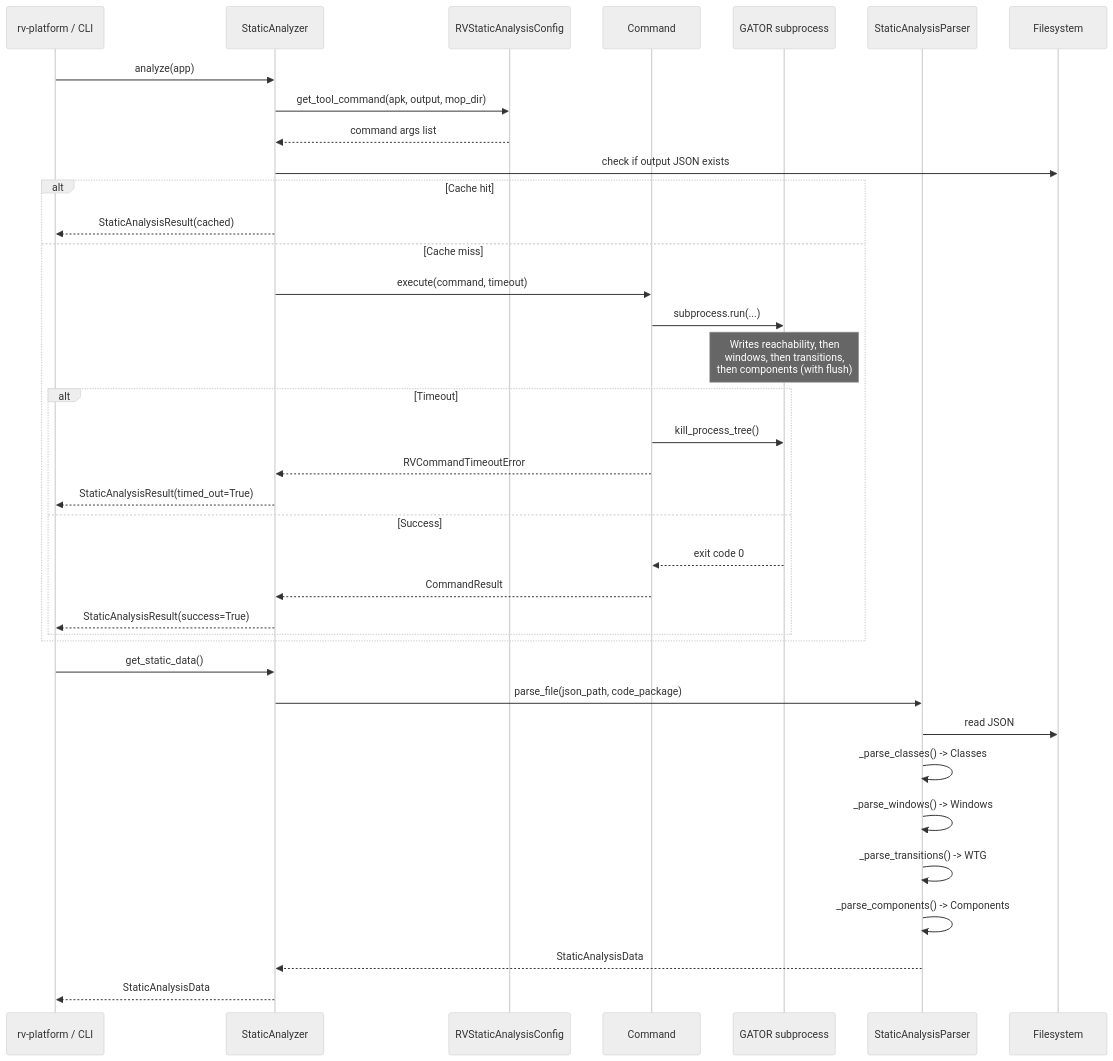
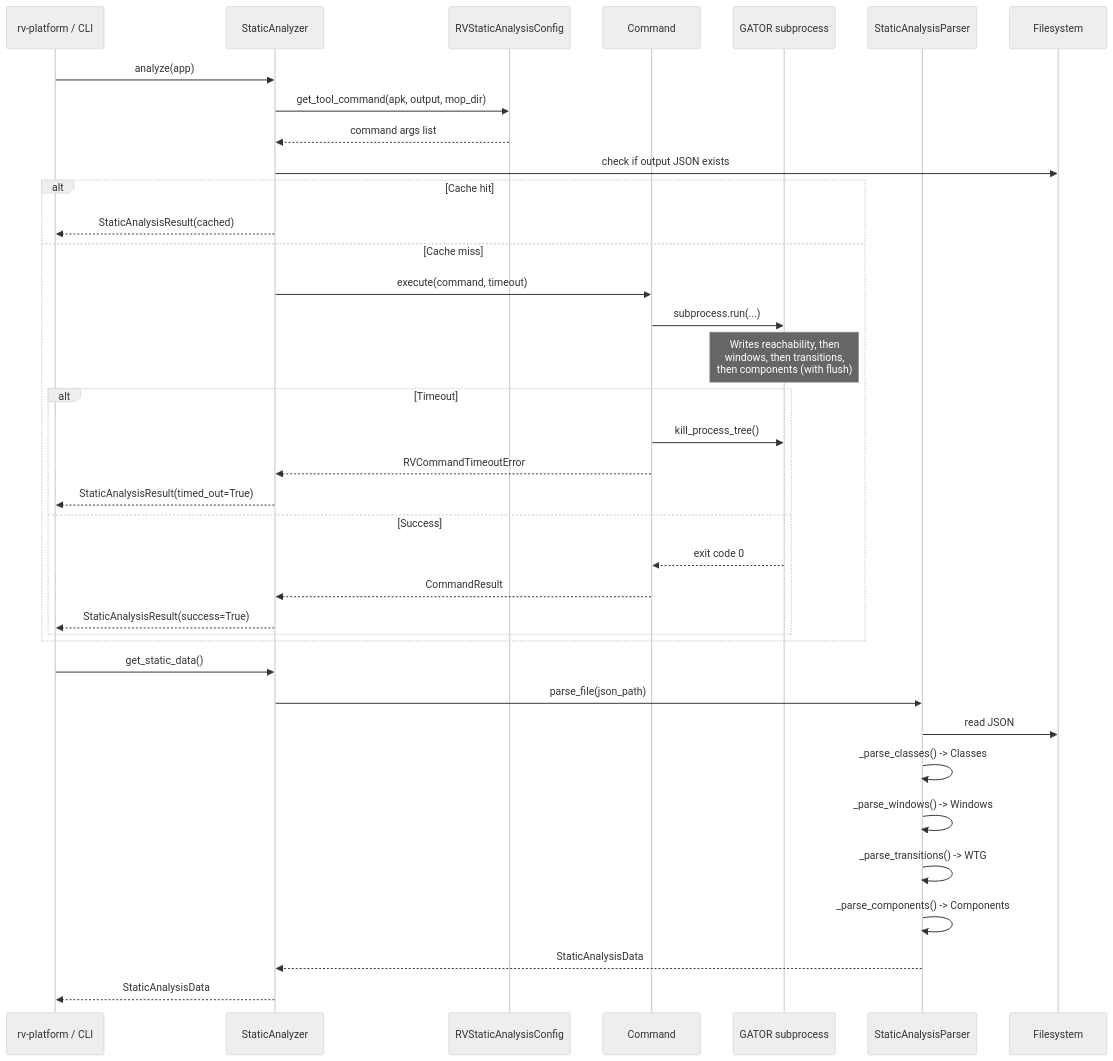
Before and after one commit to PAMunb/rvsec: the fourth of 5 diagrams in rv-android/modules/rv-static-analysis/docs/architecture.md, drawn with Mermaid. The commit also changed other lines of this file and 28 other files, not shown here.

````diff
--- a/rv-android/modules/rv-static-analysis/docs/architecture.md
+++ b/rv-android/modules/rv-static-analysis/docs/architecture.md
@@ -362,42 +372,42 @@
 ```mermaid
 %%{init: {'theme': 'neutral'}}%%
 sequenceDiagram
     participant Caller as rv-platform / CLI
     participant SA as StaticAnalyzer
     participant CFG as RVStaticAnalysisConfig
     participant CMD as Command
     participant GATOR as GATOR subprocess
     participant SAP as StaticAnalysisParser
     participant FS as Filesystem
 
     Caller->>SA: analyze(app)
     SA->>CFG: get_tool_command(apk, output, mop_dir)
     CFG-->>SA: command args list
     SA->>FS: check if output JSON exists
     alt Cache hit
         SA-->>Caller: StaticAnalysisResult(cached)
     else Cache miss
         SA->>CMD: execute(command, timeout)
         CMD->>GATOR: subprocess.run(...)
         Note over GATOR: Writes reachability, then<br/>windows, then transitions,<br/>then components (with flush)
         alt Timeout
             CMD->>GATOR: kill_process_tree()
             CMD-->>SA: RVCommandTimeoutError
             SA-->>Caller: StaticAnalysisResult(timed_out=True)
         else Success
             GATOR-->>CMD: exit code 0
             CMD-->>SA: CommandResult
             SA-->>Caller: StaticAnalysisResult(success=True)
         end
     end
 
     Caller->>SA: get_static_data()
-    SA->>SAP: parse_file(json_path, code_package)
+    SA->>SAP: parse_file(json_path)
     SAP->>FS: read JSON
     SAP->>SAP: _parse_classes() -> Classes
     SAP->>SAP: _parse_windows() -> Windows
     SAP->>SAP: _parse_transitions() -> WTG
     SAP->>SAP: _parse_components() -> Components
     SAP-->>SA: StaticAnalysisData
     SA-->>Caller: StaticAnalysisData
 ```
````
